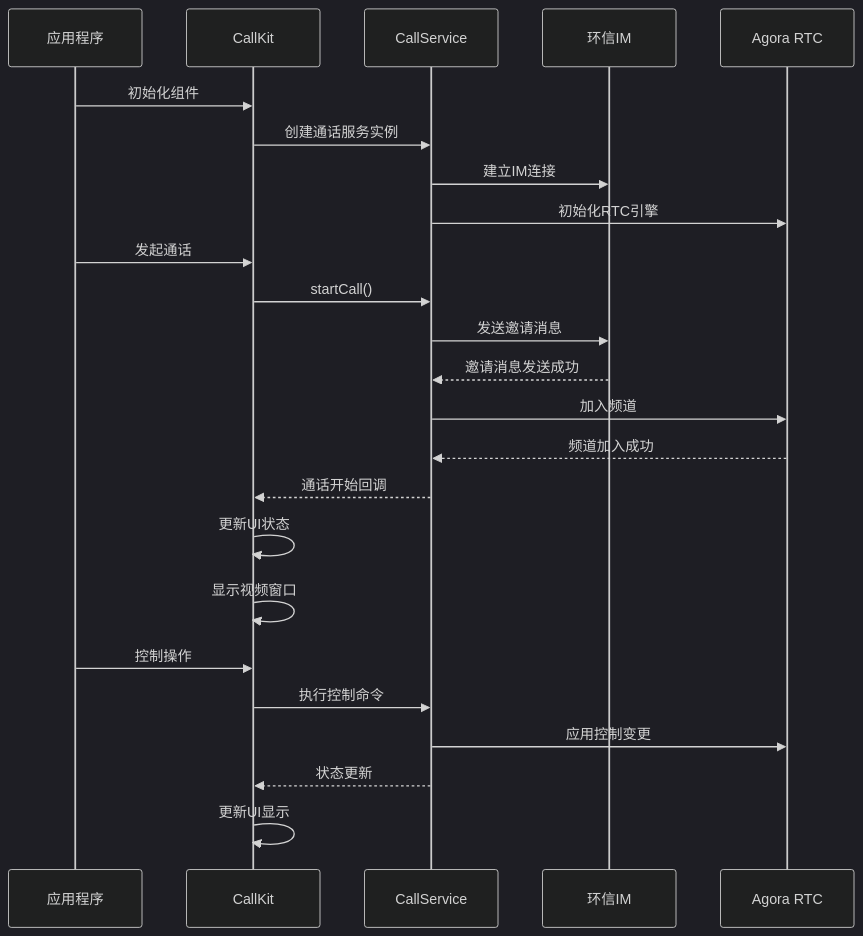
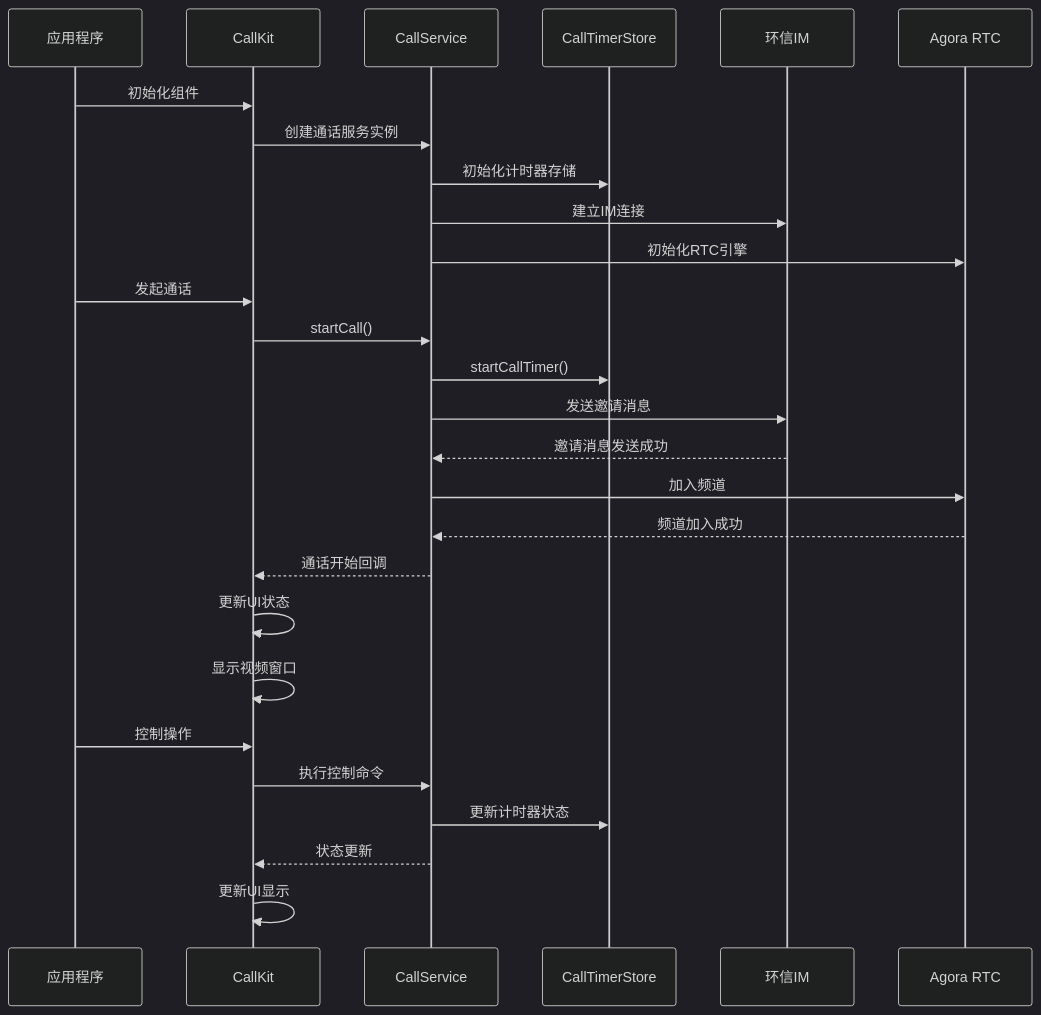
Before and after one commit to Easemob-Community/easemob-uikit-callkit-vue3: the second of 8 diagrams in .qoder/repowiki/zh/content/核心组件/单人通话组件/单人通话组件.md, drawn with Mermaid (dark theme). The commit also changed other lines of this file and 54 other files, not shown here.

````diff
--- a/.qoder/repowiki/zh/content/核心组件/单人通话组件/单人通话组件.md
+++ b/.qoder/repowiki/zh/content/核心组件/单人通话组件/单人通话组件.md
@@ -132,26 +151,29 @@
 ```mermaid
 sequenceDiagram
 participant App as 应用程序
 participant CK as CallKit
 participant CS as CallService
+participant CTS as CallTimerStore
 participant IM as 环信IM
 participant RTC as Agora RTC
 App->>CK : 初始化组件
 CK->>CS : 创建通话服务实例
+CS->>CTS : 初始化计时器存储
 CS->>IM : 建立IM连接
 CS->>RTC : 初始化RTC引擎
 App->>CK : 发起通话
 CK->>CS : startCall()
+CS->>CTS : startCallTimer()
 CS->>IM : 发送邀请消息
 IM-->>CS : 邀请消息发送成功
 CS->>RTC : 加入频道
 RTC-->>CS : 频道加入成功
 CS-->>CK : 通话开始回调
 CK->>CK : 更新UI状态
 CK->>CK : 显示视频窗口
 App->>CK : 控制操作
 CK->>CS : 执行控制命令
-CS->>RTC : 应用控制变更
+CS->>CTS : 更新计时器状态
 CS-->>CK : 状态更新
 CK->>CK : 更新UI显示
 ```
````
